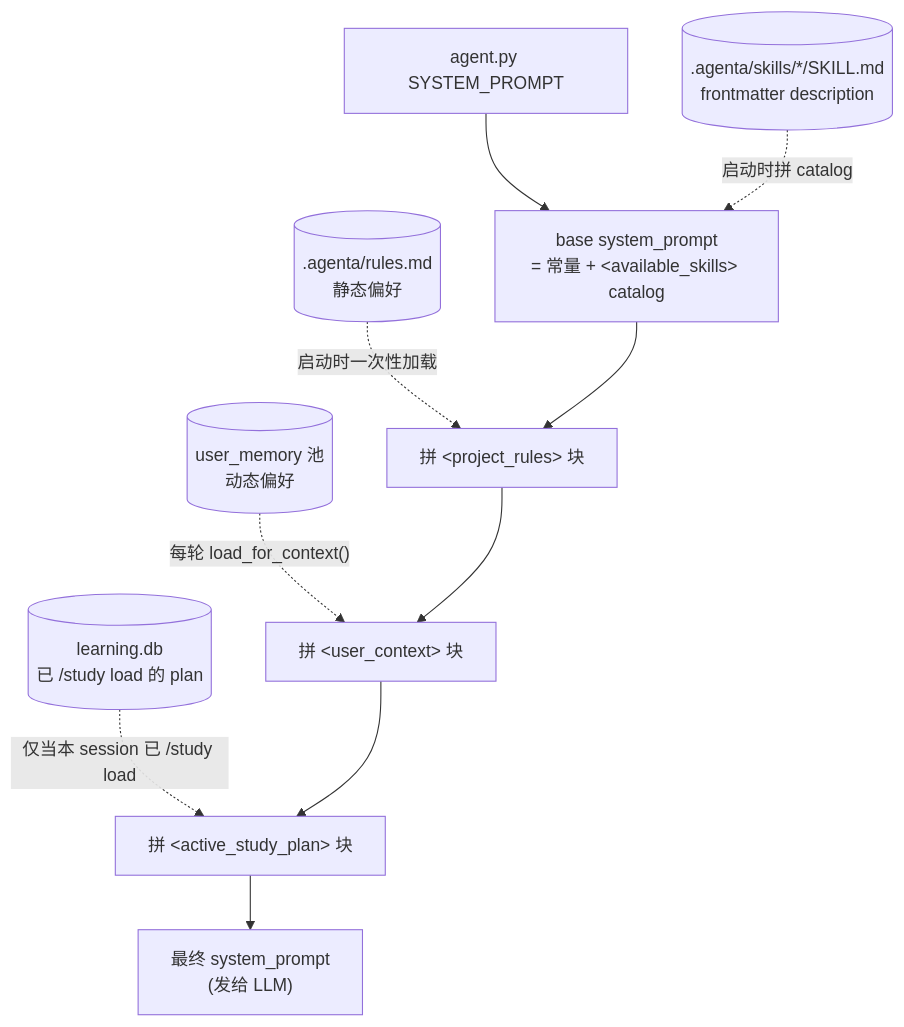
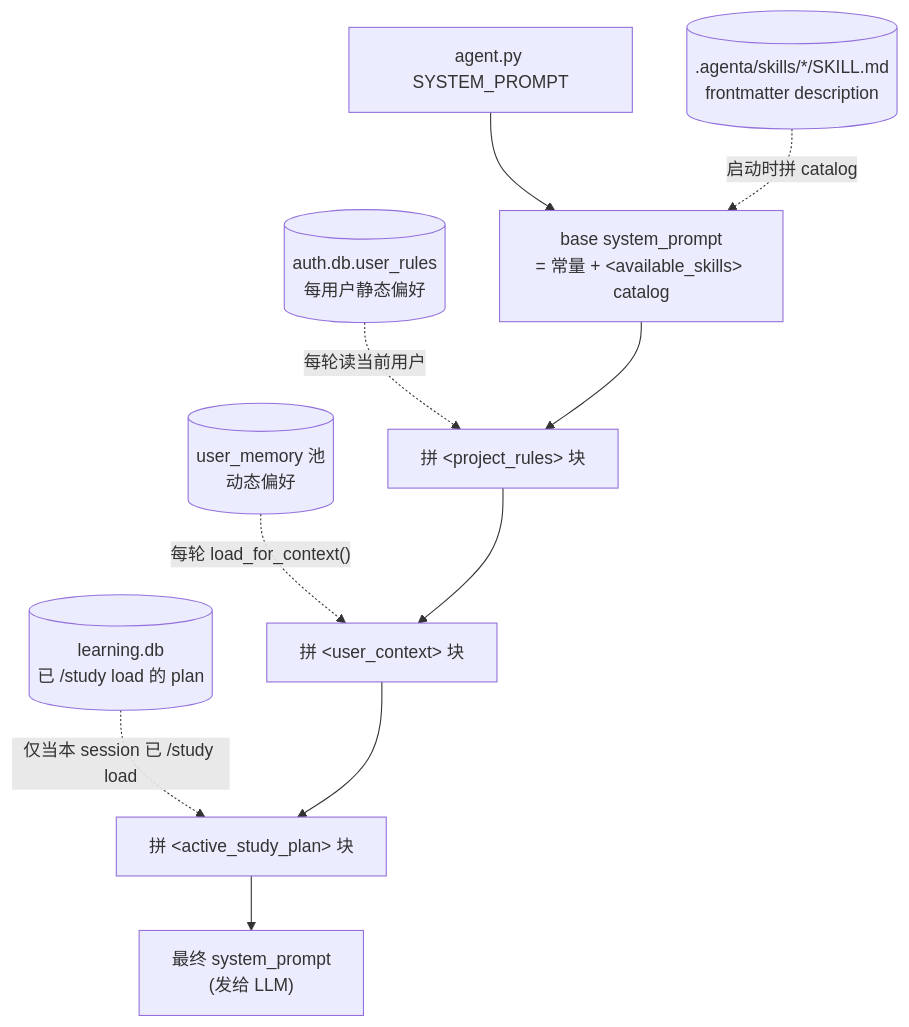
Before and after one commit to michaelwangzhenan/AgentA: diagram 13 of 28 in docs/design.md, drawn with Mermaid. The commit also changed other lines of this file and 60 other files, not shown here.

````diff
--- a/docs/design.md
+++ b/docs/design.md
@@ -547,16 +546,16 @@
 ```mermaid
 flowchart TD
     SYS["agent.py SYSTEM_PROMPT"]
     SKILLS[(".agenta/skills/*/SKILL.md<br/>frontmatter description")]
-    RULES[(".agenta/rules.md<br/>静态偏好")]
+    RULES[("auth.db.user_rules<br/>每用户静态偏好")]
     MEM[("user_memory 池<br/>动态偏好")]
     LP[("learning.db<br/>已 /study load 的 plan")]
 
     SYS --> BASE["base system_prompt<br/>= 常量 + &lt;available_skills&gt; catalog"]
     SKILLS -.->|"启动时拼 catalog"| BASE
-    RULES -.->|"启动时一次性加载"| R["拼 &lt;project_rules&gt; 块"]
+    RULES -.->|"每轮读当前用户"| R["拼 &lt;project_rules&gt; 块"]
     MEM -.->|"每轮 load_for_context()"| C["拼 &lt;user_context&gt; 块"]
     LP -.->|"仅当本 session 已 /study load"| P["拼 &lt;active_study_plan&gt; 块"]
 
     BASE --> R --> C --> P --> OUT["最终 system_prompt<br/>(发给 LLM)"]
 ```
````
